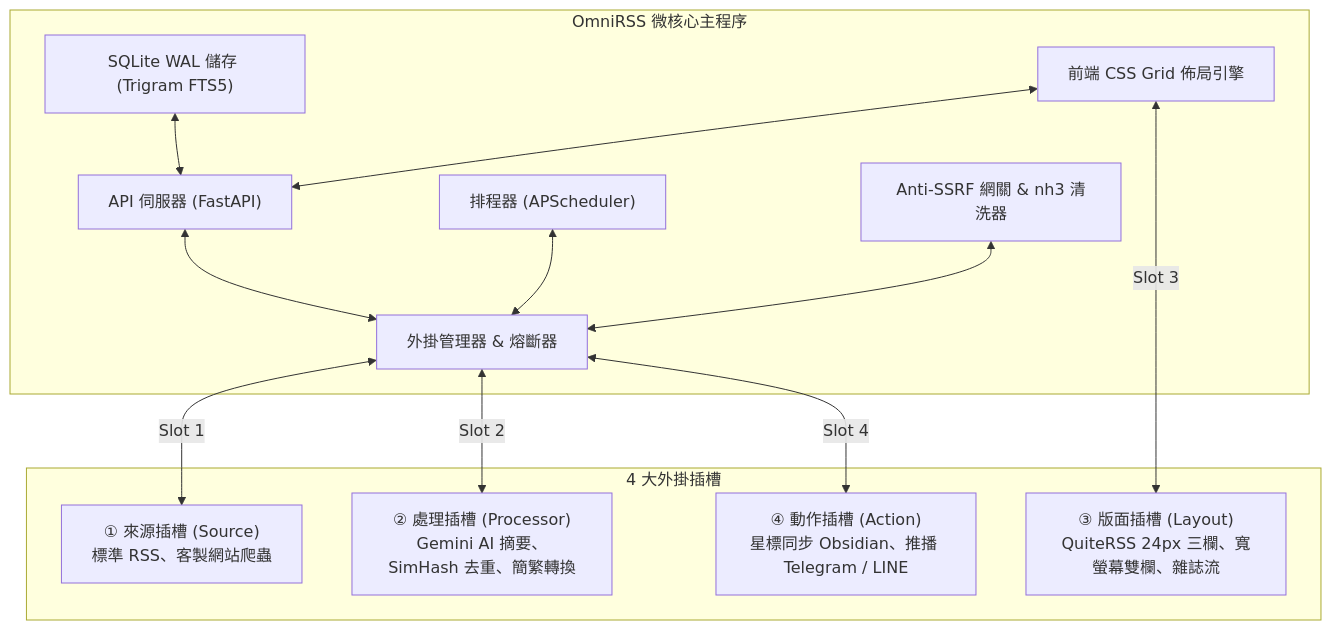
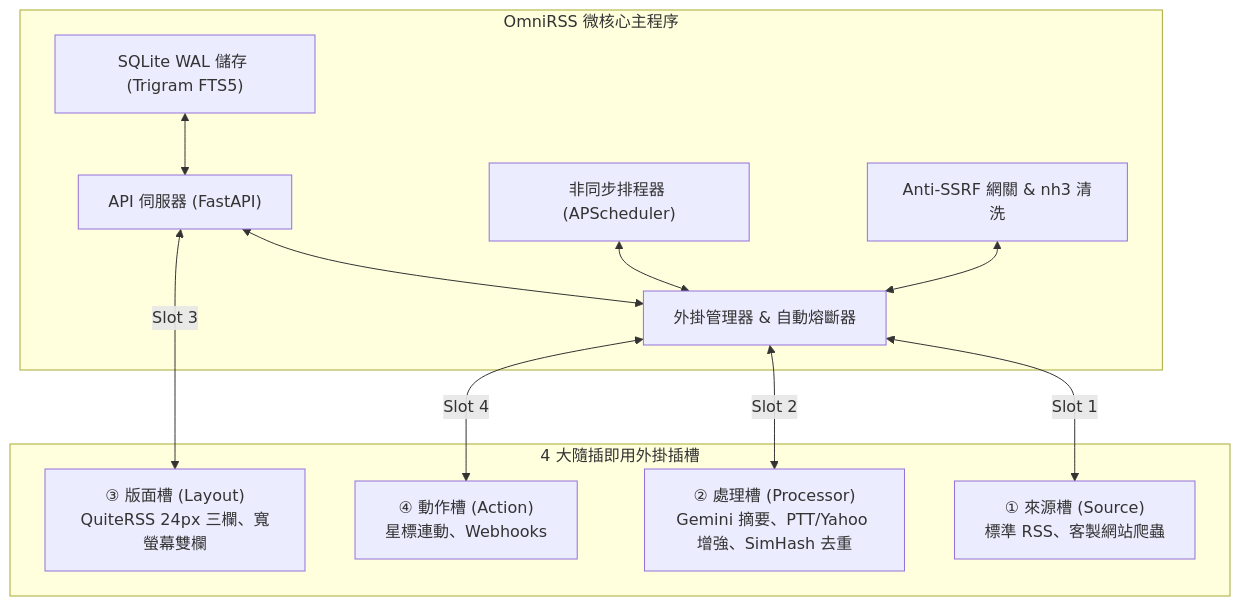
Before and after one commit to YuShyam/OmniRSS: the diagram in README.md, drawn with Mermaid. The commit also changed other lines of this file and 89 other files, not shown here.

````diff
--- a/README.md
+++ b/README.md
@@ -20,29 +105,27 @@
 ```mermaid
 graph TD
     subgraph Core["OmniRSS 微核心主程序"]
         Kernel["API 伺服器 (FastAPI)"]
-        Scheduler["排程器 (APScheduler)"]
+        Scheduler["非同步排程器 (APScheduler)"]
         DBEngine["SQLite WAL 儲存 (Trigram FTS5)"]
-        SlotEngine["前端 CSS Grid 佈局引擎"]
-        PluginMgr["外掛管理器 & 熔斷器"]
-        SecurityGate["Anti-SSRF 網關 & nh3 清洗器"]
+        SecurityGate["Anti-SSRF 網關 & nh3 清洗"]
+        PluginMgr["外掛管理器 & 自動熔斷器"]
         
         Kernel <--> PluginMgr
         Scheduler <--> PluginMgr
         DBEngine <--> Kernel
-        SlotEngine <--> Kernel
         SecurityGate <--> PluginMgr
     end
 
-    subgraph Slots["4 大外掛插槽"]
-        S1["① 來源插槽 (Source)<br>標準 RSS、客製網站爬蟲"]
-        S2["② 處理插槽 (Processor)<br>Gemini AI 摘要、SimHash 去重、簡繁轉換"]
-        S3["③ 版面插槽 (Layout)<br>QuiteRSS 24px 三欄、寬螢幕雙欄、雜誌流"]
-        S4["④ 動作插槽 (Action)<br>星標同步 Obsidian、推播 Telegram / LINE"]
+    subgraph Slots["4 大隨插即用外掛插槽"]
+        S1["① 來源槽 (Source)<br>標準 RSS、客製網站爬蟲"]
+        S2["② 處理槽 (Processor)<br>Gemini 摘要、PTT/Yahoo 增強、SimHash 去重"]
+        S3["③ 版面槽 (Layout)<br>QuiteRSS 24px 三欄、寬螢幕雙欄"]
+        S4["④ 動作槽 (Action)<br>星標連動、Webhooks"]
     end
 
     PluginMgr <-->|Slot 1| S1
     PluginMgr <-->|Slot 2| S2
-    SlotEngine <-->|Slot 3| S3
+    Kernel <-->|Slot 3| S3
     PluginMgr <-->|Slot 4| S4
 ```
````
